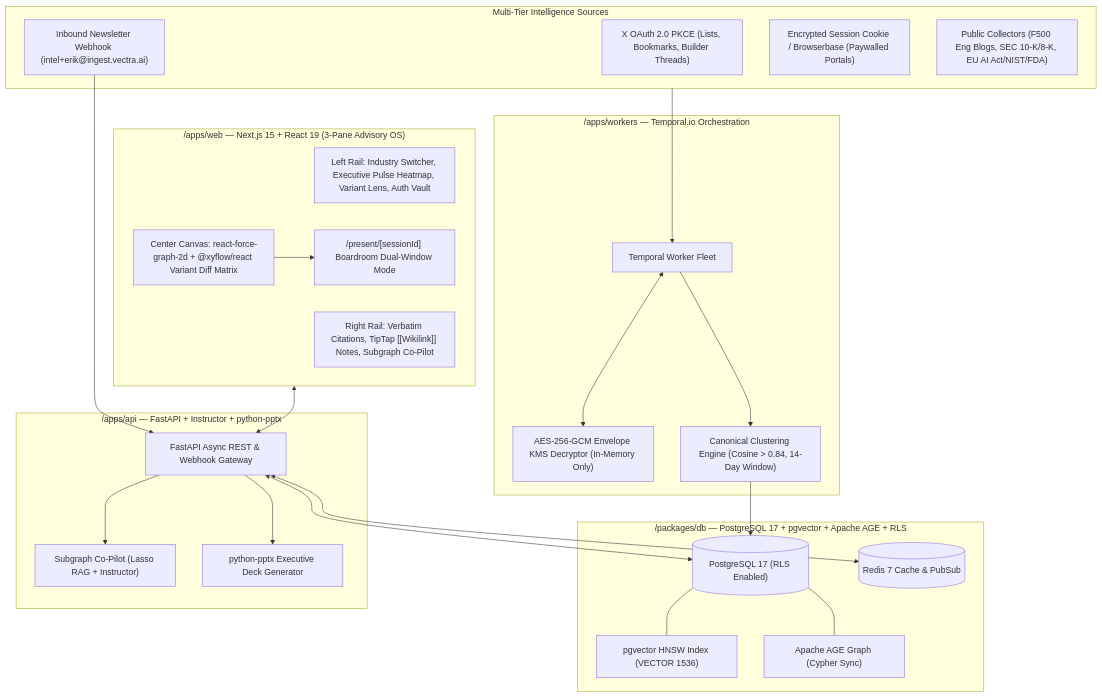
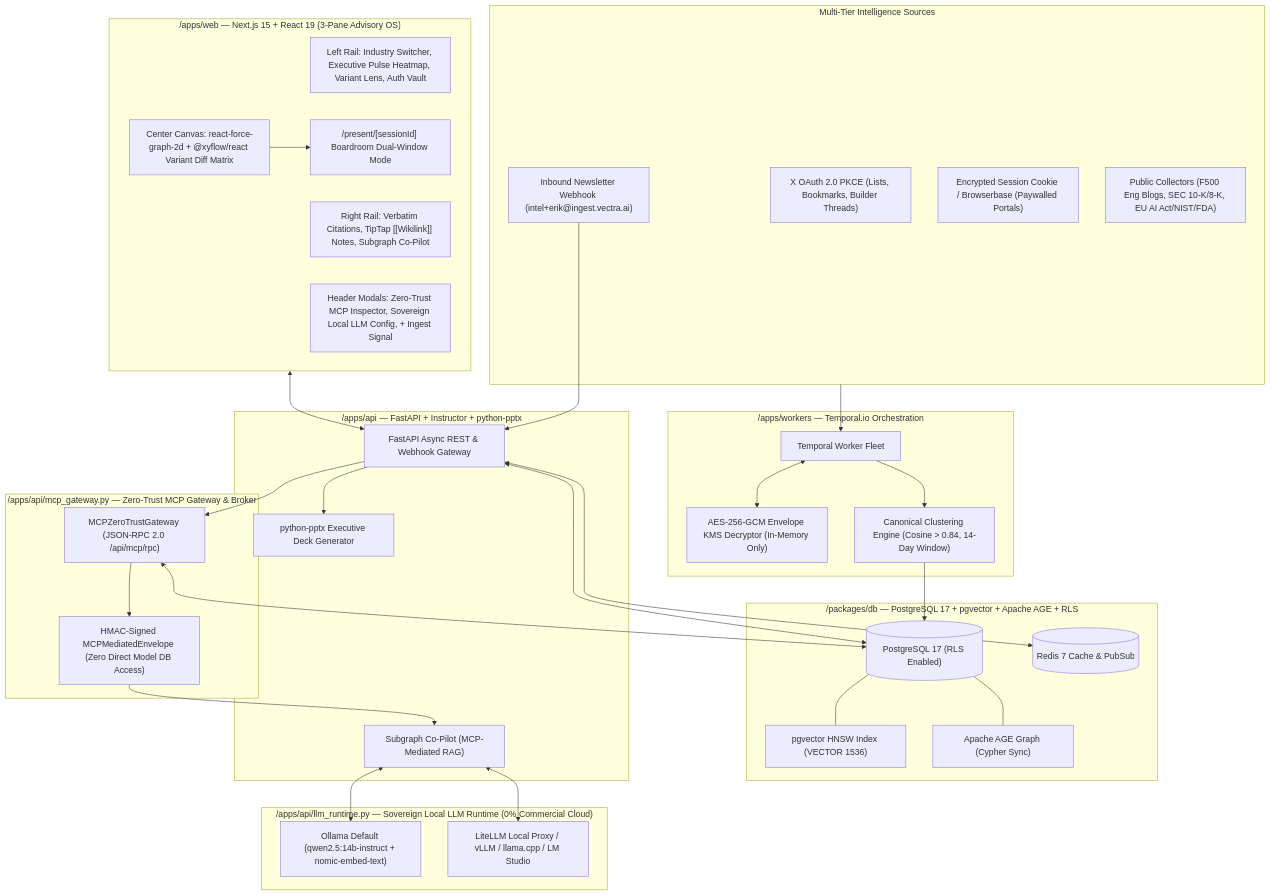
Before and after one commit to lithix-src/vectra: the first of 2 diagrams in ARCHITECTURE_AND_ERD.md, drawn with Mermaid. The commit also changed 3 other files, not shown here.

Commit message:
docs(arch): update architecture ERD, implementation plan, and add concurrent dev CLI command

````diff
--- a/ARCHITECTURE_AND_ERD.md
+++ b/ARCHITECTURE_AND_ERD.md
@@ -5,49 +5,65 @@
 ```mermaid
 flowchart TD
     subgraph Sources["Multi-Tier Intelligence Sources"]
         X["X OAuth 2.0 PKCE (Lists, Bookmarks, Builder Threads)"]
         Email["Inbound Newsletter Webhook (intel+erik@ingest.vectra.ai)"]
         Cookie["Encrypted Session Cookie / Browserbase (Paywalled Portals)"]
         Public["Public Collectors (F500 Eng Blogs, SEC 10-K/8-K, EU AI Act/NIST/FDA)"]
     end
 
     subgraph Workers["/apps/workers — Temporal.io Orchestration"]
         TW["Temporal Worker Fleet"]
         KMS["AES-256-GCM Envelope KMS Decryptor (In-Memory Only)"]
         Cluster["Canonical Clustering Engine (Cosine > 0.84, 14-Day Window)"]
     end
 
     subgraph Storage["/packages/db — PostgreSQL 17 + pgvector + Apache AGE + RLS"]
         PG[("PostgreSQL 17 (RLS Enabled)")]
         VEC["pgvector HNSW Index (VECTOR 1536)"]
         AGE["Apache AGE Graph (Cypher Sync)"]
         REDIS[("Redis 7 Cache & PubSub")]
     end
 
+    subgraph MCP["/apps/api/mcp_gateway.py — Zero-Trust MCP Gateway & Broker"]
+        MCPG["MCPZeroTrustGateway (JSON-RPC 2.0 /api/mcp/rpc)"]
+        ENV["HMAC-Signed MCPMediatedEnvelope (Zero Direct Model DB Access)"]
+    end
+
+    subgraph LocalLLM["/apps/api/llm_runtime.py — Sovereign Local LLM Runtime (0% Commercial Cloud)"]
+        OLLAMA["Ollama Default (qwen2.5:14b-instruct + nomic-embed-text)"]
+        LITELLM["LiteLLM Local Proxy / vLLM / llama.cpp / LM Studio"]
+    end
+
     subgraph API["/apps/api — FastAPI + Instructor + python-pptx"]
         FAPI["FastAPI Async REST & Webhook Gateway"]
-        RAG["Subgraph Co-Pilot (Lasso RAG + Instructor)"]
+        RAG["Subgraph Co-Pilot (MCP-Mediated RAG)"]
         PPTX["python-pptx Executive Deck Generator"]
     end
 
     subgraph Web["/apps/web — Next.js 15 + React 19 (3-Pane Advisory OS)"]
         Left["Left Rail: Industry Switcher, Executive Pulse Heatmap, Variant Lens, Auth Vault"]
         Center["Center Canvas: react-force-graph-2d + @xyflow/react Variant Diff Matrix"]
         Right["Right Rail: Verbatim Citations, TipTap [[Wikilink]] Notes, Subgraph Co-Pilot"]
+        Modals["Header Modals: Zero-Trust MCP Inspector, Sovereign Local LLM Config, + Ingest Signal"]
         Present["/present/[sessionId] Boardroom Dual-Window Mode"]
     end
 
     Sources --> TW
     Email --> FAPI
     TW <--> KMS
     TW --> Cluster
     Cluster --> PG
     PG --- VEC
     PG --- AGE
     FAPI <--> PG
     FAPI <--> REDIS
-    FAPI --> RAG
+    FAPI --> MCPG
+    MCPG <--> PG
+    MCPG --> ENV
+    ENV --> RAG
+    RAG <--> OLLAMA
+    RAG <--> LITELLM
     FAPI --> PPTX
     Web <--> FAPI
     Center --> Present
 ```
````
